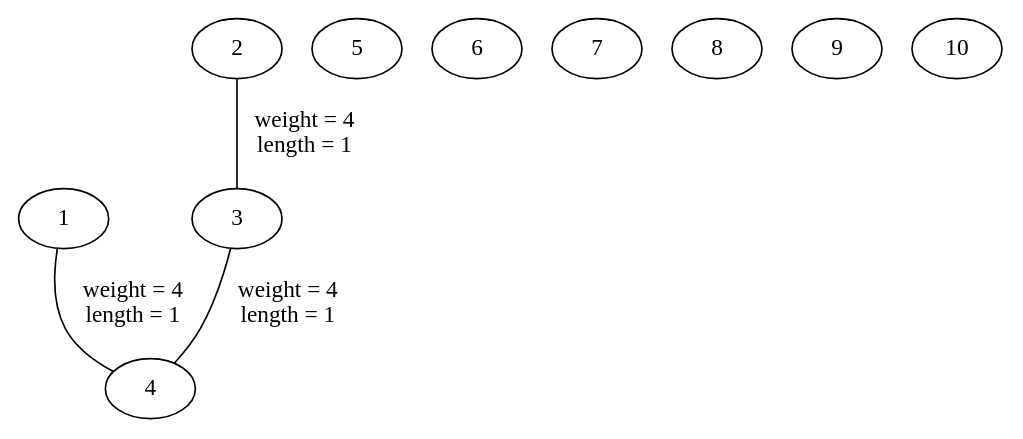
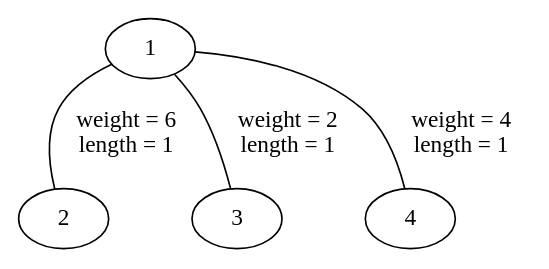
One commit to adam-elbernoussi/ENSAE-S2-IT-project changed the diagram in graph_viz_output/Graph.gv. Above: the diagram before and after it, drawn with Graphviz. The commit also changed 2 other files, not shown here.

```diff
--- a/graph_viz_output/Graph.gv
+++ b/graph_viz_output/Graph.gv
@@ -1,20 +1,14 @@
 // Graph visualisation
 graph "Graph" {
 	graph [concentrate=True]
 	1
 	2
 	3
 	4
-	5
-	6
-	7
-	8
-	9
-	10
+	1 -- 3 [label="weight = 2
+ length = 1" weight=2]
 	1 -- 4 [label="weight = 4
  length = 1" weight=4]
-	2 -- 3 [label="weight = 4
- length = 1" weight=4]
-	3 -- 4 [label="weight = 4
- length = 1" weight=4]
+	1 -- 2 [label="weight = 6
+ length = 1" weight=6]
 }
```
